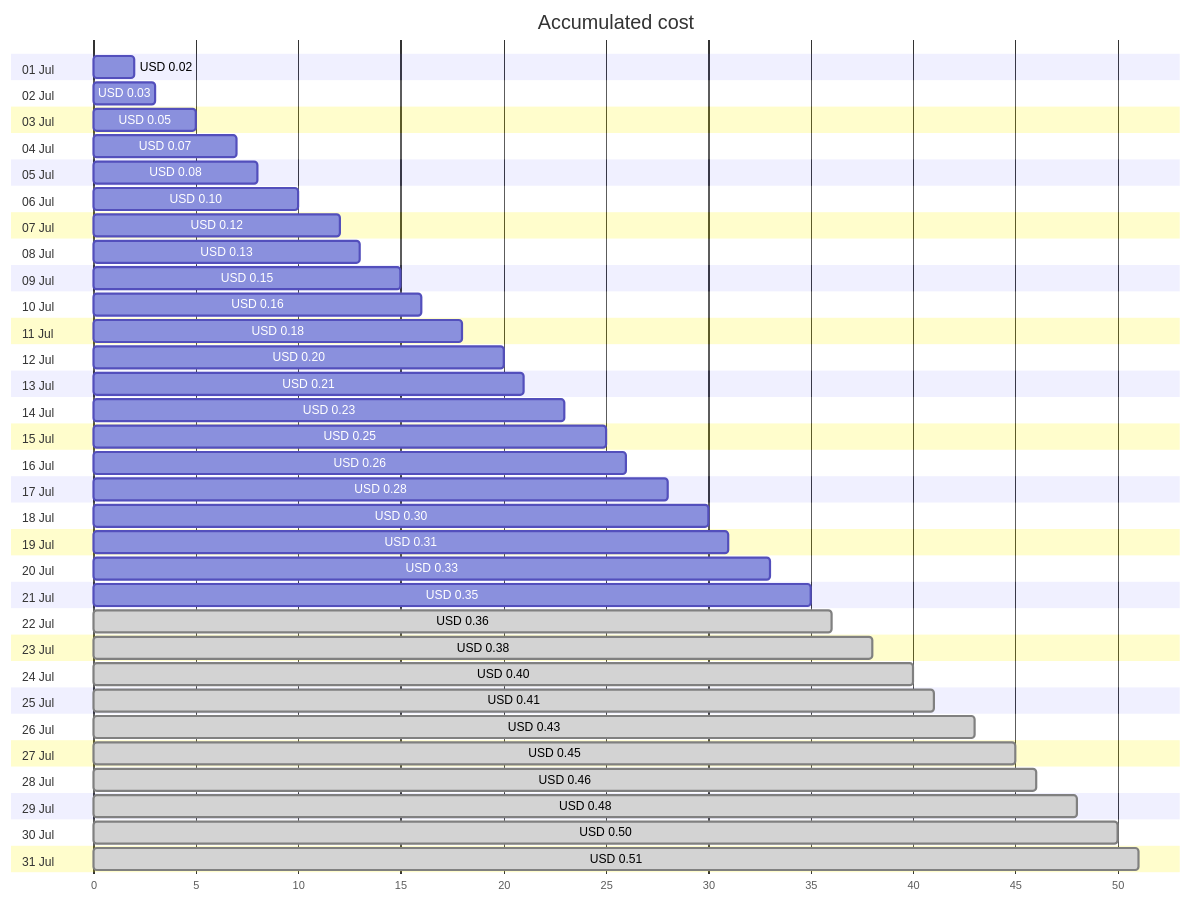
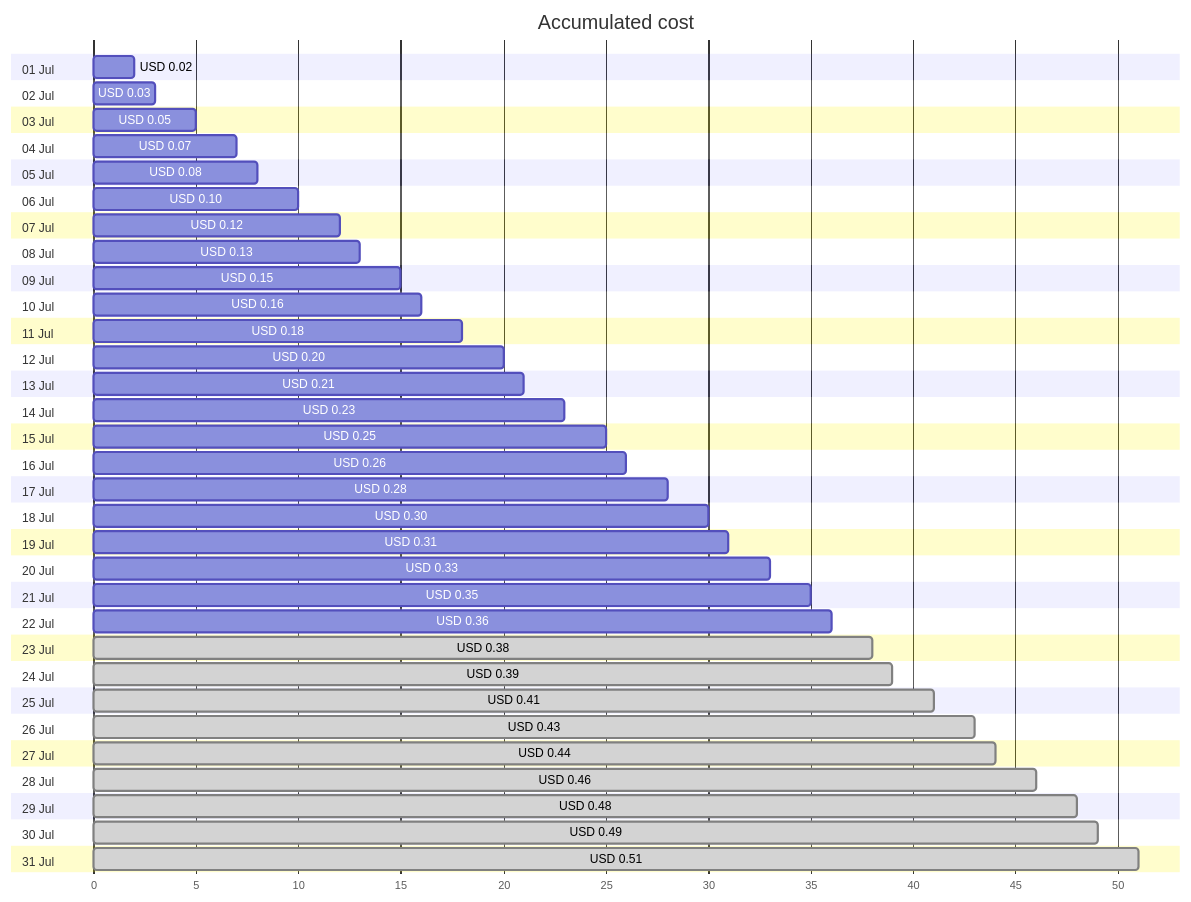
One commit to jpfulton/azure-personal-reports changed the first of 4 diagrams in cost-reports/personal-dns/jpatrickfulton.com.md. Above: the diagram before and after it, drawn with Mermaid. The commit also changed other lines of this file and 2 other files, not shown here.

````diff
--- a/cost-reports/personal-dns/jpatrickfulton.com.md
+++ b/cost-reports/personal-dns/jpatrickfulton.com.md
@@ -20,68 +20,68 @@
 ```mermaid
 gantt
    title Accumulated cost
    dateFormat  X
    axisFormat %s
    section 01 Jul
    USD 0.02 :0, 2
    section 02 Jul
    USD 0.03 :0, 3
    section 03 Jul
    USD 0.05 :0, 5
    section 04 Jul
    USD 0.07 :0, 7
    section 05 Jul
    USD 0.08 :0, 8
    section 06 Jul
    USD 0.10 :0, 10
    section 07 Jul
    USD 0.12 :0, 12
    section 08 Jul
    USD 0.13 :0, 13
    section 09 Jul
    USD 0.15 :0, 15
    section 10 Jul
    USD 0.16 :0, 16
    section 11 Jul
    USD 0.18 :0, 18
    section 12 Jul
    USD 0.20 :0, 20
    section 13 Jul
    USD 0.21 :0, 21
    section 14 Jul
    USD 0.23 :0, 23
    section 15 Jul
    USD 0.25 :0, 25
    section 16 Jul
    USD 0.26 :0, 26
    section 17 Jul
    USD 0.28 :0, 28
    section 18 Jul
    USD 0.30 :0, 30
    section 19 Jul
    USD 0.31 :0, 31
    section 20 Jul
    USD 0.33 :0, 33
    section 21 Jul
    USD 0.35 :0, 35
    section 22 Jul
-   USD 0.36 : done, 0, 36
+   USD 0.36 :0, 36
    section 23 Jul
    USD 0.38 : done, 0, 38
    section 24 Jul
-   USD 0.40 : done, 0, 40
+   USD 0.39 : done, 0, 39
    section 25 Jul
    USD 0.41 : done, 0, 41
    section 26 Jul
    USD 0.43 : done, 0, 43
    section 27 Jul
-   USD 0.45 : done, 0, 45
+   USD 0.44 : done, 0, 44
    section 28 Jul
    USD 0.46 : done, 0, 46
    section 29 Jul
    USD 0.48 : done, 0, 48
    section 30 Jul
-   USD 0.50 : done, 0, 50
+   USD 0.49 : done, 0, 49
    section 31 Jul
    USD 0.51 : done, 0, 51
 ```
````
